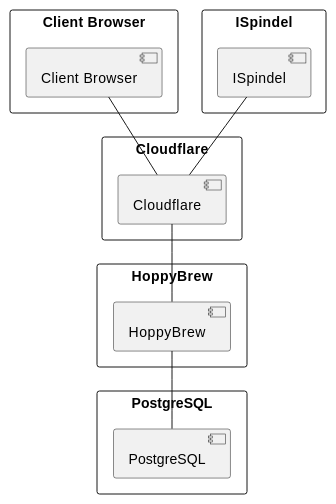
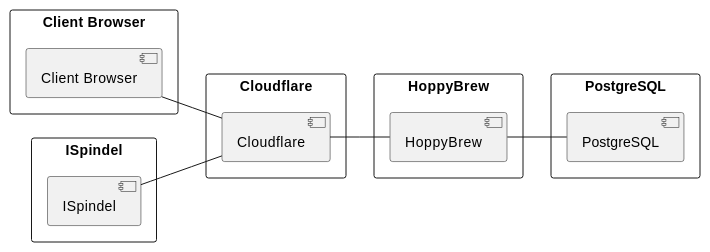
One commit to asbor/iu-project-software-engineering changed the fifth of 5 diagrams in documents/01-Conception-Phase/00-HoppyBrew.md. Above: the diagram before and after it, drawn with PlantUML. The commit also changed other lines of this file and 11 other files, not shown here.

````diff
--- a/documents/01-Conception-Phase/00-HoppyBrew.md
+++ b/documents/01-Conception-Phase/00-HoppyBrew.md
@@ -499,29 +521,32 @@
 ```plantuml
 @startuml 05-black-box-overall-system
+
+left to right direction
+
 rectangle "Client Browser" {
     component "Client Browser" as client_browser
 }
 
 rectangle "ISpindel" {
     component "ISpindel" as iSpindel
 }
 
 rectangle "Cloudflare" {
     component "Cloudflare" as cloudflare
 }
 
 rectangle "HoppyBrew" {
     component "HoppyBrew" as hoppybrew
 }
 
 rectangle "PostgreSQL" {
     component "PostgreSQL" as postgres
 }
 
 client_browser -- cloudflare
 iSpindel -- cloudflare
 cloudflare -- hoppybrew
 hoppybrew -- postgres
 
 @enduml
 ```
````
